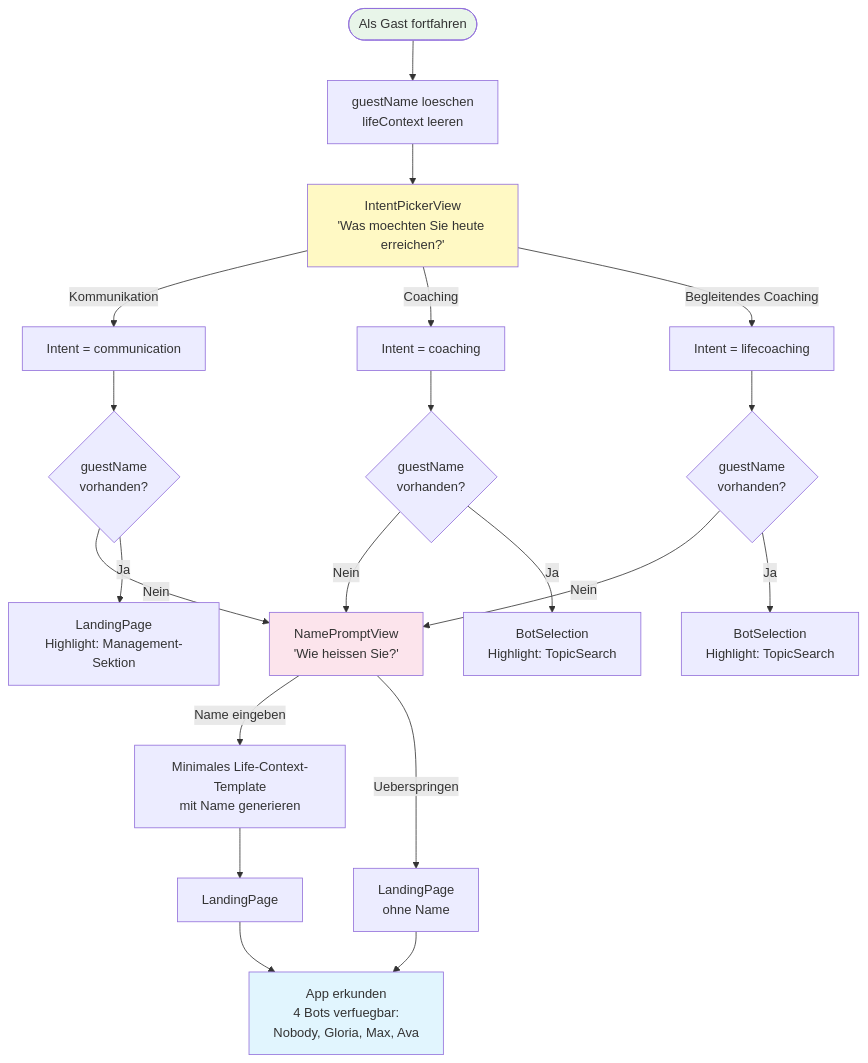
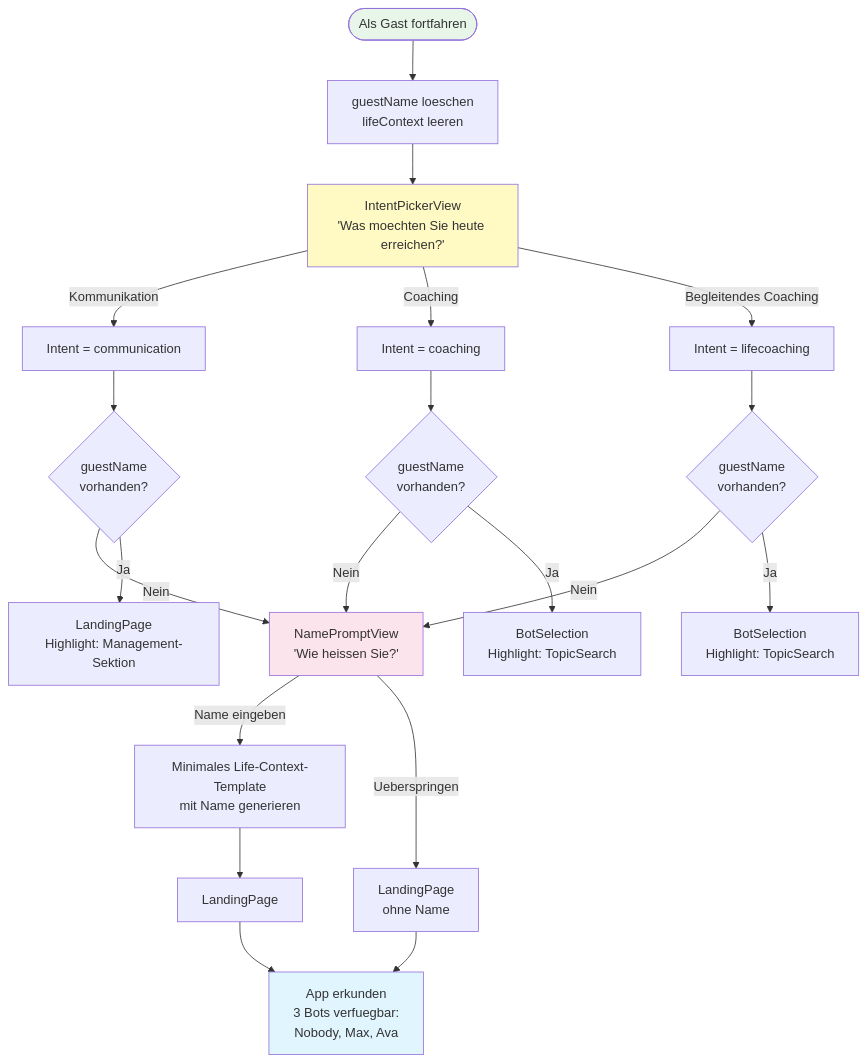
Before and after one commit to herold74/Meaningful-Conversations: the second of 11 diagrams in DOCUMENTATION/UX-FLOWS.md, drawn with Mermaid. The commit also changed other lines of this file and 11 other files, not shown here.

First line of the commit message:
docs: comprehensive documentation audit — fix inaccuracies, update timelines, correct UX flows

````diff
--- a/DOCUMENTATION/UX-FLOWS.md
+++ b/DOCUMENTATION/UX-FLOWS.md
@@ -69,34 +69,34 @@
 ```mermaid
 flowchart TD
     GUEST_START([Als Gast fortfahren]) --> CLEAR[guestName loeschen<br/>lifeContext leeren]
     CLEAR --> INTENT[IntentPickerView<br/>'Was moechten Sie heute erreichen?']
 
     INTENT -->|Kommunikation| INTENT_COMM[Intent = communication]
     INTENT -->|Coaching| INTENT_COACH[Intent = coaching]
     INTENT -->|Begleitendes Coaching| INTENT_LIFE[Intent = lifecoaching]
 
     INTENT_COMM --> HAS_NAME_C{guestName<br/>vorhanden?}
     INTENT_COACH --> HAS_NAME_CO{guestName<br/>vorhanden?}
     INTENT_LIFE --> HAS_NAME_L{guestName<br/>vorhanden?}
 
     HAS_NAME_C -->|Nein| NAME_PROMPT[NamePromptView<br/>'Wie heissen Sie?']
     HAS_NAME_CO -->|Nein| NAME_PROMPT
     HAS_NAME_L -->|Nein| NAME_PROMPT
 
     HAS_NAME_C -->|Ja| LANDING_C[LandingPage<br/>Highlight: Management-Sektion]
     HAS_NAME_CO -->|Ja| BOT_SEL_CO[BotSelection<br/>Highlight: TopicSearch]
     HAS_NAME_L -->|Ja| BOT_SEL_L[BotSelection<br/>Highlight: TopicSearch]
 
     NAME_PROMPT -->|Name eingeben| TEMPLATE[Minimales Life-Context-Template<br/>mit Name generieren]
     NAME_PROMPT -->|Ueberspringen| LANDING_SKIP[LandingPage<br/>ohne Name]
 
     TEMPLATE --> LANDING_NAME[LandingPage]
-    LANDING_NAME --> EXPLORE[App erkunden<br/>4 Bots verfuegbar:<br/>Nobody, Gloria, Max, Ava]
+    LANDING_NAME --> EXPLORE[App erkunden<br/>3 Bots verfuegbar:<br/>Nobody, Max, Ava]
 
     LANDING_SKIP --> EXPLORE
 
     style GUEST_START fill:#e8f5e9
     style INTENT fill:#fff9c4
     style NAME_PROMPT fill:#fce4ec
     style EXPLORE fill:#e1f5fe
 ```
````
